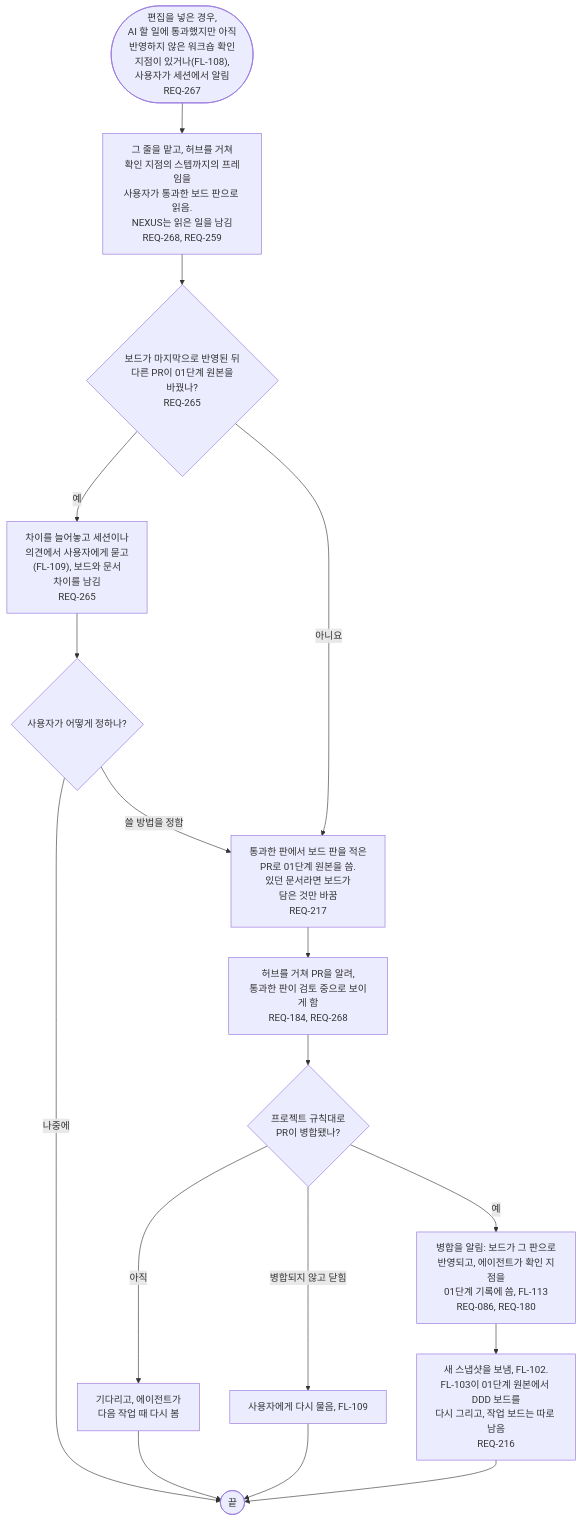
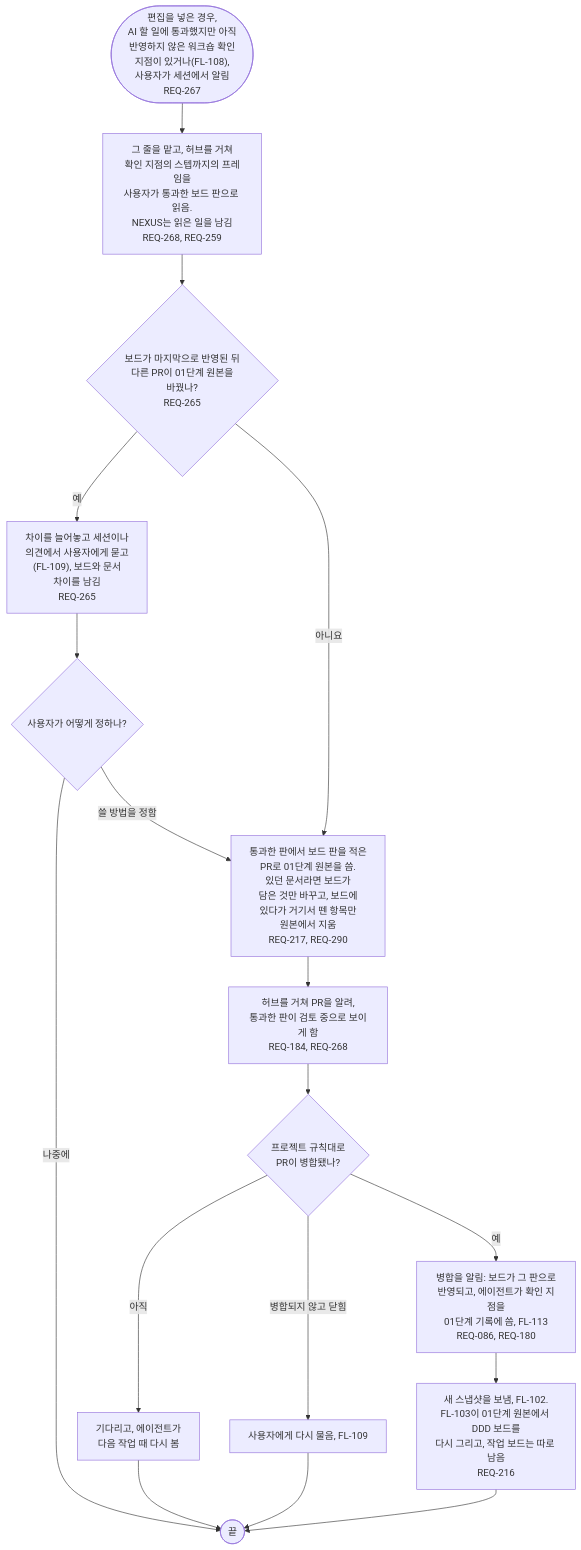
One commit to kodonghui/corthex-nexus changed the diagram in docs/03-user-flow/nexus/FL-126-reflect-a-workshop.ko.md. Above: the diagram before and after it, drawn with Mermaid. The commit also changed other lines of this file and 43 other files, not shown here.

````diff
--- a/docs/03-user-flow/nexus/FL-126-reflect-a-workshop.ko.md
+++ b/docs/03-user-flow/nexus/FL-126-reflect-a-workshop.ko.md
@@ -9,19 +9,19 @@
 ```mermaid
 flowchart TD
   A(["편집을 넣은 경우,<br/>AI 할 일에 통과했지만 아직<br/>반영하지 않은 워크숍 확인<br/>지점이 있거나(FL-108),<br/>사용자가 세션에서 알림<br/>REQ-267"]) --> B["그 줄을 맡고, 허브를 거쳐<br/>확인 지점의 스텝까지의 프레임을<br/>사용자가 통과한 보드 판으로 읽음.<br/>NEXUS는 읽은 일을 남김<br/>REQ-268, REQ-259"]
   B --> C{"보드가 마지막으로 반영된 뒤<br/>다른 PR이 01단계 원본을<br/>바꿨나?<br/>REQ-265"}
   C -->|예| C1["차이를 늘어놓고 세션이나<br/>의견에서 사용자에게 묻고<br/>(FL-109), 보드와 문서<br/>차이를 남김<br/>REQ-265"]
   C1 --> C2{"사용자가 어떻게 정하나?"}
   C2 -->|나중에| Z(["끝"])
   C2 -->|쓸 방법을 정함| D
-  C -->|아니요| D["통과한 판에서 보드 판을 적은<br/>PR로 01단계 원본을 씀.<br/>있던 문서라면 보드가<br/>담은 것만 바꿈<br/>REQ-217"]
+  C -->|아니요| D["통과한 판에서 보드 판을 적은<br/>PR로 01단계 원본을 씀.<br/>있던 문서라면 보드가<br/>담은 것만 바꾸고, 보드에<br/>있다가 거기서 뗀 항목만<br/>원본에서 지움<br/>REQ-217, REQ-290"]
   D --> E["허브를 거쳐 PR을 알려,<br/>통과한 판이 검토 중으로 보이게 함<br/>REQ-184, REQ-268"]
   E --> F{"프로젝트 규칙대로<br/>PR이 병합됐나?"}
   F -->|아직| F1["기다리고, 에이전트가<br/>다음 작업 때 다시 봄"]
   F1 --> Z
   F -->|병합되지 않고 닫힘| F2["사용자에게 다시 물음, FL-109"]
   F2 --> Z
   F -->|예| G["병합을 알림: 보드가 그 판으로<br/>반영되고, 에이전트가 확인 지점을<br/>01단계 기록에 씀, FL-113<br/>REQ-086, REQ-180"]
   G --> H["새 스냅샷을 보냄, FL-102.<br/>FL-103이 01단계 원본에서 DDD 보드를<br/>다시 그리고, 작업 보드는 따로 남음<br/>REQ-216"]
   H --> Z
 ```
````
